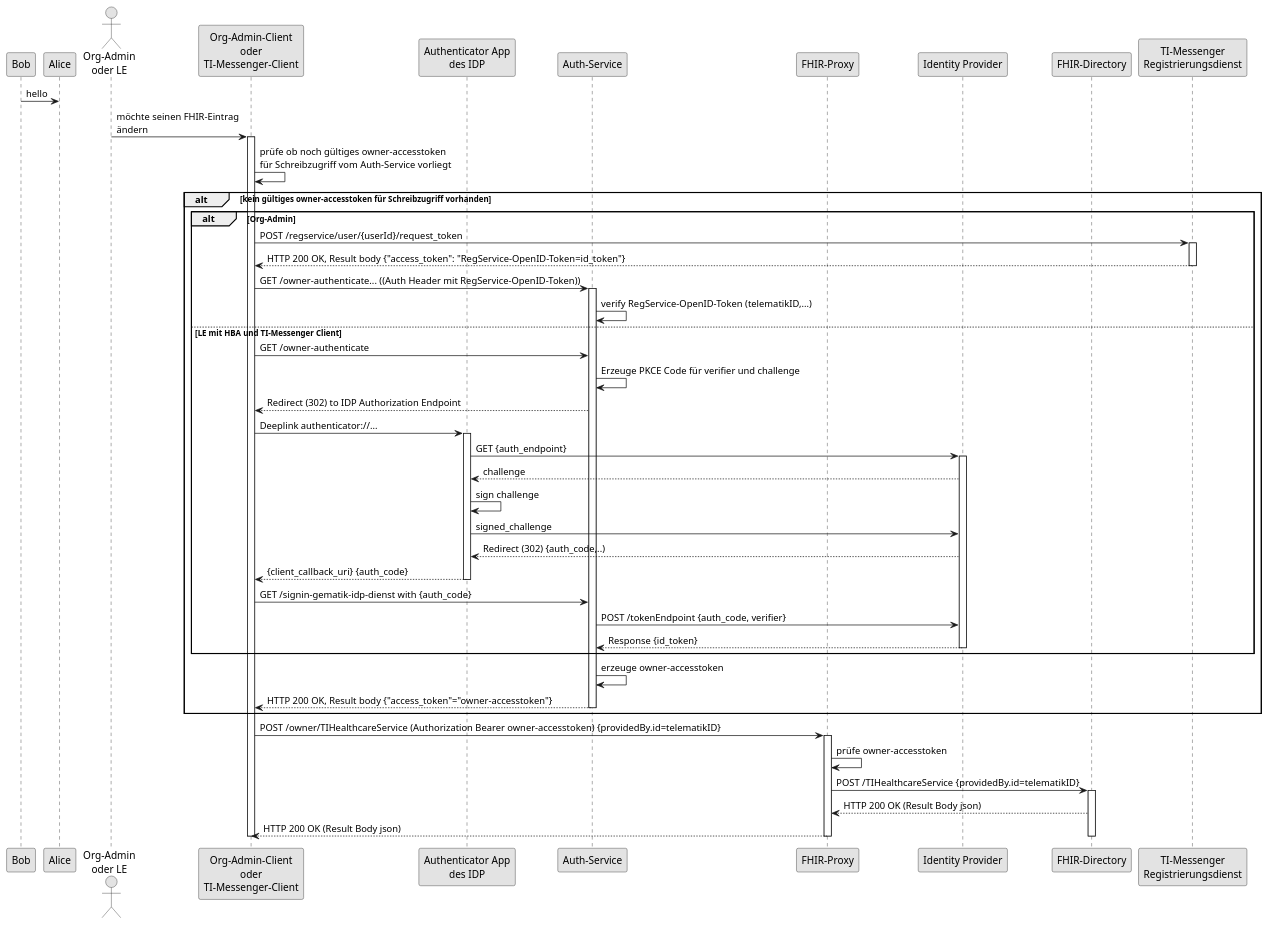
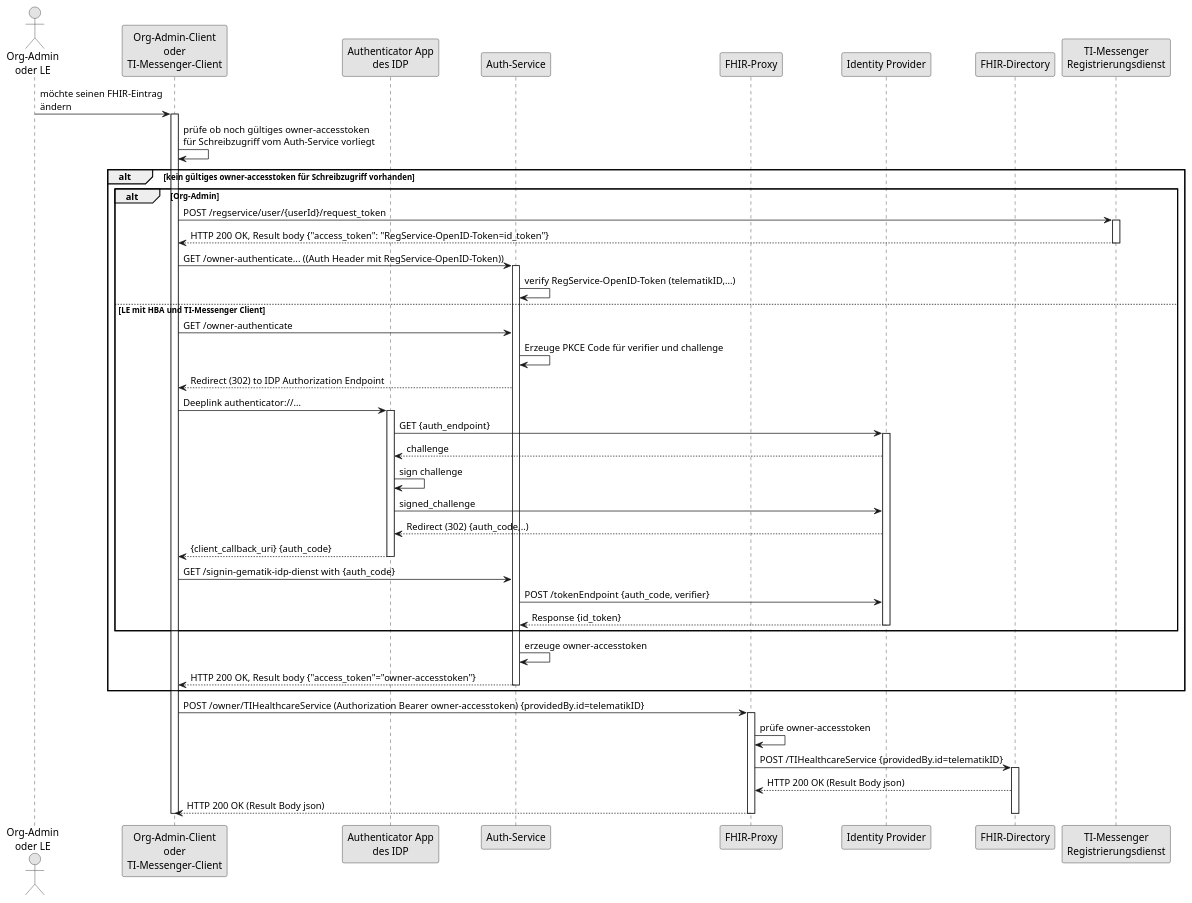
Before and after one commit to gematik/api-vzd: the diagram in src/plantuml/SequenceDiagram.FHIR-Directory.owner.puml, drawn with PlantUML.

```diff
--- a/src/plantuml/SequenceDiagram.FHIR-Directory.owner.puml
+++ b/src/plantuml/SequenceDiagram.FHIR-Directory.owner.puml
@@ -1,65 +1,64 @@
 @startuml
-Bob -> Alice : hello
 
 skinparam dpi 100
 skinparam WrapWidth 200
 skinparam monochrome true
 
 'title "FHIR-Directory, Sequenzdiagram Änderung von eigenen Einträgen'
 actor o as "Org-Admin\noder LE"
 participant cl as "Org-Admin-Client\noder\nTI-Messenger-Client"
 participant aa as "Authenticator App\ndes IDP"
 participant au as "Auth-Service"
 participant fp as "FHIR-Proxy"
 participant idp as "Identity Provider"
 participant fd as "FHIR-Directory"
 participant rd as "TI-Messenger\nRegistrierungsdienst"
 o -> cl: möchte seinen FHIR-Eintrag\nändern
 activate cl
 cl -> cl: prüfe ob noch gültiges owner-accesstoken\nfür Schreibzugriff vom Auth-Service vorliegt
 alt kein gültiges owner-accesstoken für Schreibzugriff vorhanden
 alt Org-Admin
 cl -> rd: POST /regservice/user/{userId}/request_token
 activate rd
 rd --> cl: HTTP 200 OK, Result body {"access_token": "RegService-OpenID-Token=id_token"}
 deactivate rd
 cl -> au: GET /owner-authenticate... ((Auth Header mit RegService-OpenID-Token))
 activate au
 au -> au: verify RegService-OpenID-Token (telematikID,...)
 else LE mit HBA und TI-Messenger Client
 cl -> au: GET /owner-authenticate
 au -> au: Erzeuge PKCE Code für verifier und challenge
 au --> cl: Redirect (302) to IDP Authorization Endpoint
 cl -> aa: Deeplink authenticator://...
 activate aa
 
 aa -> idp: GET {auth_endpoint}
 activate idp
 idp --> aa: challenge
 aa -> aa: sign challenge
 aa-> idp: signed_challenge
 idp --> aa: Redirect (302) {auth_code,..)
 aa --> cl: {client_callback_uri} {auth_code}
 deactivate aa
 
 cl -> au: GET /signin-gematik-idp-dienst with {auth_code}
 au -> idp: POST /tokenEndpoint {auth_code, verifier}
 idp --> au: Response {id_token}
 
 deactivate idp
 end
 au -> au: erzeuge owner-accesstoken
 au --> cl: HTTP 200 OK, Result body {"access_token"="owner-accesstoken"}
 deactivate au
 end
 cl -> fp: POST /owner/TIHealthcareService (Authorization Bearer owner-accesstoken) {providedBy.id=telematikID}
 activate fp
 fp -> fp: prüfe owner-accesstoken
 fp -> fd: POST /TIHealthcareService {providedBy.id=telematikID}
 activate fd
 fd --> fp: HTTP 200 OK (Result Body json)
 fp --> cl: HTTP 200 OK (Result Body json)
 deactivate fd
 deactivate fp
 deactivate cl
 @enduml
```
